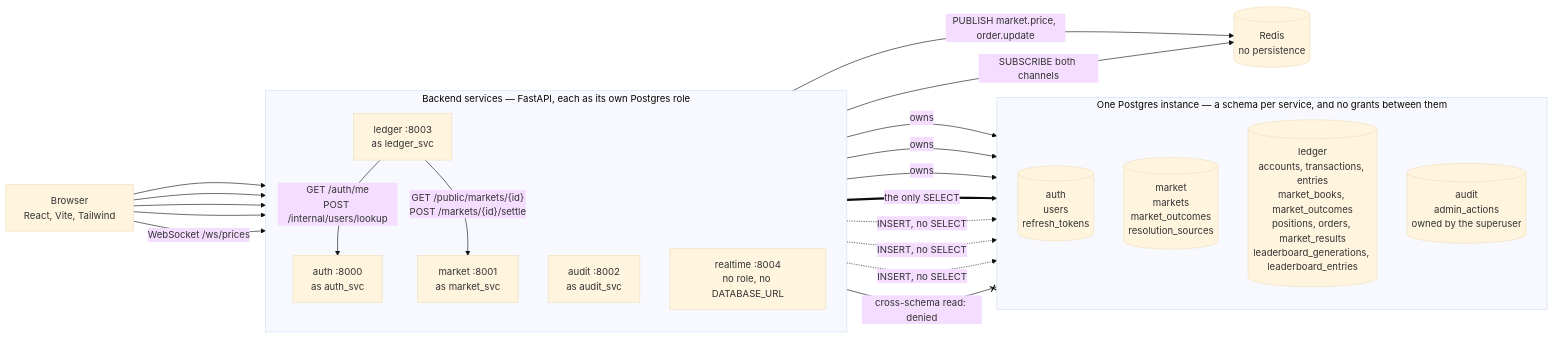
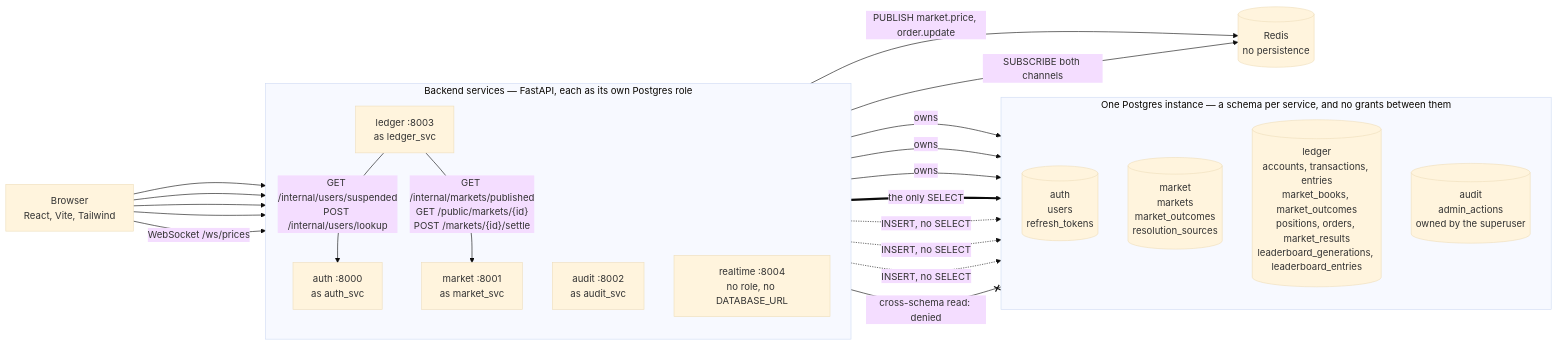
Before and after one commit to decker757/CS464: the first of 4 diagrams in docs/architecture.md, drawn with Mermaid (base theme). The commit also changed other lines of this file and 9 other files, not shown here.

````diff
--- a/docs/architecture.md
+++ b/docs/architecture.md
@@ -24,46 +24,46 @@
 ```mermaid
 flowchart LR
     browser["Browser<br/>React, Vite, Tailwind"]
 
     subgraph svc["Backend services — FastAPI, each as its own Postgres role"]
         direction TB
         auth["auth :8000<br/>as auth_svc"]
         market["market :8001<br/>as market_svc"]
         ledger["ledger :8003<br/>as ledger_svc"]
         audit["audit :8002<br/>as audit_svc"]
         realtime["realtime :8004<br/>no role, no DATABASE_URL"]
     end
 
     subgraph pg["One Postgres instance — a schema per service, and no grants between them"]
         direction TB
         sAuth[("auth<br/>users<br/>refresh_tokens")]
         sMarket[("market<br/>markets<br/>market_outcomes<br/>resolution_sources")]
         sLedger[("ledger<br/>accounts, transactions, entries<br/>market_books, market_outcomes<br/>positions, orders, market_results<br/>leaderboard_generations, leaderboard_entries")]
         sAudit[("audit<br/>admin_actions<br/>owned by the superuser")]
     end
 
     redis[("Redis<br/>no persistence")]
 
     browser --> auth
     browser --> market
     browser --> ledger
     browser --> audit
     browser -->|"WebSocket /ws/prices"| realtime
 
-    ledger -->|"GET /auth/me<br/>POST /internal/users/lookup"| auth
-    ledger -->|"GET /public/markets/{id}<br/>POST /markets/{id}/settle"| market
+    ledger -->|"GET /internal/users/suspended<br/>POST /internal/users/lookup"| auth
+    ledger -->|"GET /internal/markets/published<br/>GET /public/markets/{id}<br/>POST /markets/{id}/settle"| market
 
     auth -->|owns| sAuth
     market -->|owns| sMarket
     ledger -->|owns| sLedger
     audit ==>|"the only SELECT"| sAudit
 
     auth -.->|"INSERT, no SELECT"| sAudit
     market -.->|"INSERT, no SELECT"| sAudit
     ledger -.->|"INSERT, no SELECT"| sAudit
 
     market --x|"cross-schema read: denied"| sAuth
 
     ledger -->|"PUBLISH market.price, order.update"| redis
     realtime -->|"SUBSCRIBE both channels"| redis
 ```
````
